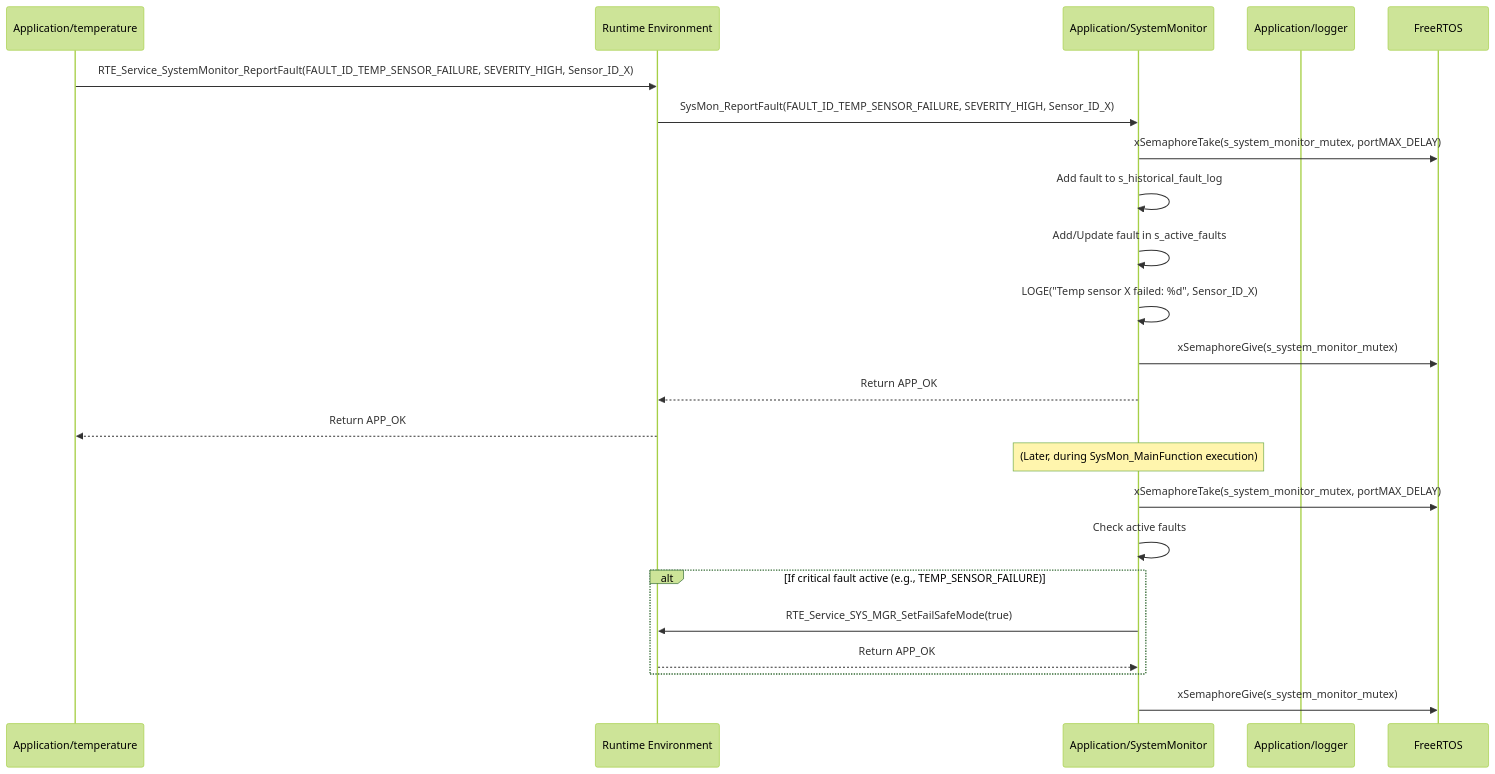
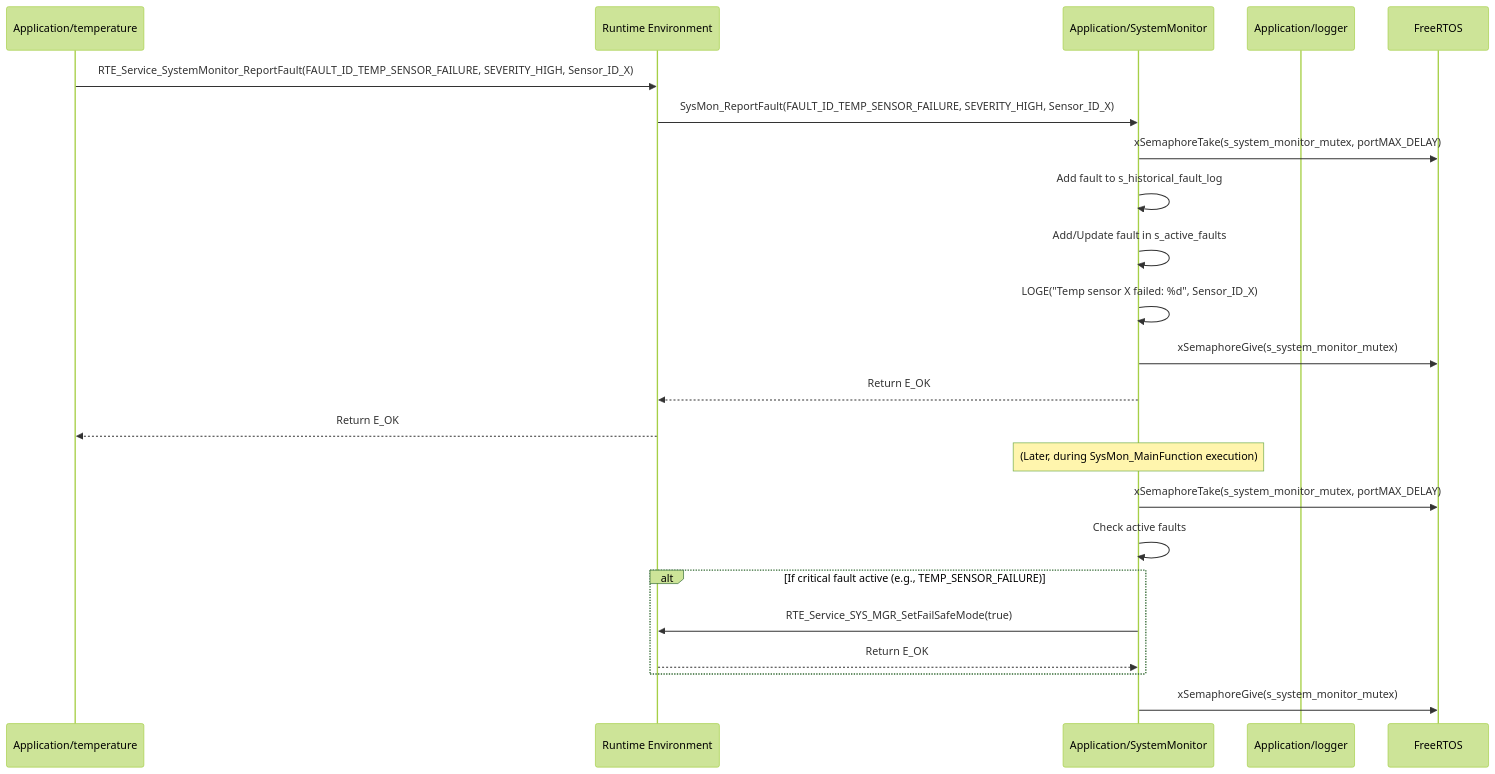
The diagram in Requiremets/Design/Application/SystemMonitor.md (ashaker-2/Platform), drawn with Mermaid (forest theme) before and after one commit. The commit also changed other lines of this file and 716 other files, not shown here.

````diff
--- a/Requiremets/Design/Application/SystemMonitor.md
+++ b/Requiremets/Design/Application/SystemMonitor.md
@@ -225,27 +225,27 @@
 ```mermaid
 sequenceDiagram  
     participant TempSensor as Application/temperature  
     participant RTE as Runtime Environment  
     participant SystemMonitor as Application/SystemMonitor  
     participant Logger as Application/logger  
     participant FreeRTOS as FreeRTOS
 
     TempSensor->>RTE: RTE_Service_SystemMonitor_ReportFault(FAULT_ID_TEMP_SENSOR_FAILURE, SEVERITY_HIGH, Sensor_ID_X)  
     RTE->>SystemMonitor: SysMon_ReportFault(FAULT_ID_TEMP_SENSOR_FAILURE, SEVERITY_HIGH, Sensor_ID_X)  
     SystemMonitor->>FreeRTOS: xSemaphoreTake(s_system_monitor_mutex, portMAX_DELAY)  
     SystemMonitor->>SystemMonitor: Add fault to s_historical_fault_log  
     SystemMonitor->>SystemMonitor: Add/Update fault in s_active_faults  
     SystemMonitor->>SystemMonitor: LOGE("Temp sensor X failed: %d", Sensor_ID_X)  
     SystemMonitor->>FreeRTOS: xSemaphoreGive(s_system_monitor_mutex)  
-    SystemMonitor-->>RTE: Return APP_OK  
-    RTE-->>TempSensor: Return APP_OK
+    SystemMonitor-->>RTE: Return E_OK  
+    RTE-->>TempSensor: Return E_OK
 
     Note over SystemMonitor: (Later, during SysMon_MainFunction execution)  
     SystemMonitor->>FreeRTOS: xSemaphoreTake(s_system_monitor_mutex, portMAX_DELAY)  
     SystemMonitor->>SystemMonitor: Check active faults  
     alt If critical fault active (e.g., TEMP_SENSOR_FAILURE)  
         SystemMonitor->>RTE: RTE_Service_SYS_MGR_SetFailSafeMode(true)  
-        RTE-->>SystemMonitor: Return APP_OK  
+        RTE-->>SystemMonitor: Return E_OK  
     end  
     SystemMonitor->>FreeRTOS: xSemaphoreGive(s_system_monitor_mutex)
 ```
````
